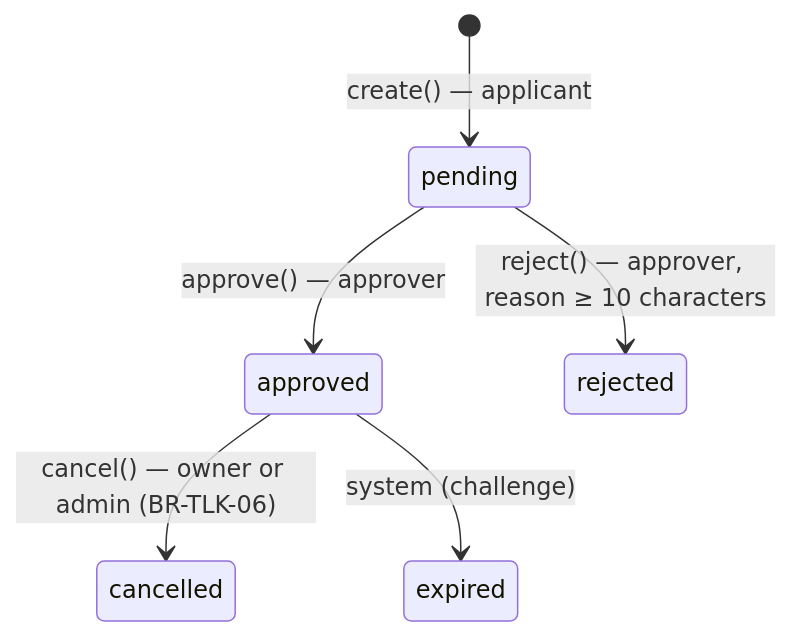
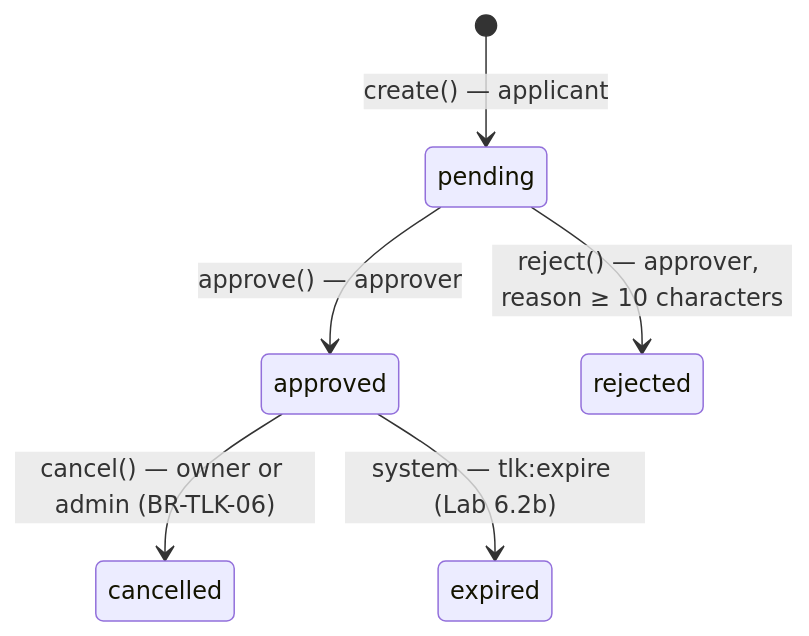
One commit to habibtalib/coach-codeigniter-10-hari-kkm-peserta changed the third of 3 diagrams in hari-6/README.en.md. Above: the diagram before and after it, drawn with Mermaid. The commit also changed other lines of this file and 23 other files, not shown here.

````diff
--- a/hari-6/README.en.md
+++ b/hari-6/README.en.md
@@ -297,8 +305,8 @@
 ```mermaid
 stateDiagram-v2
     [*] --> pending : create() — applicant
     pending --> approved : approve() — approver
     pending --> rejected : reject() — approver, reason ≥ 10 characters
     approved --> cancelled : cancel() — owner or admin (BR-TLK-06)
-    approved --> expired : system (challenge)
+    approved --> expired : system — tlk:expire (Lab 6.2b)
 ```
````
